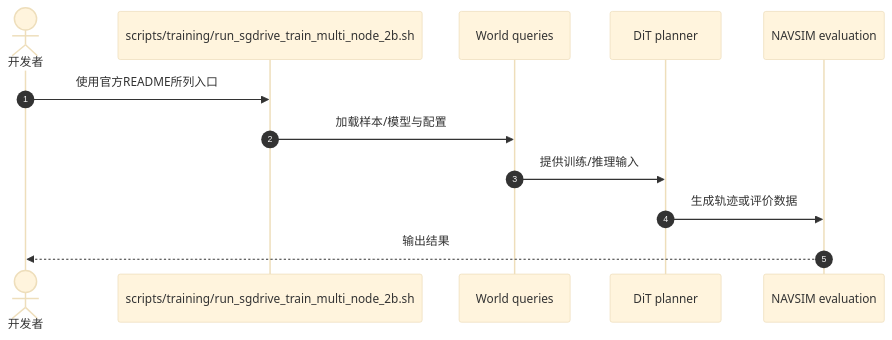
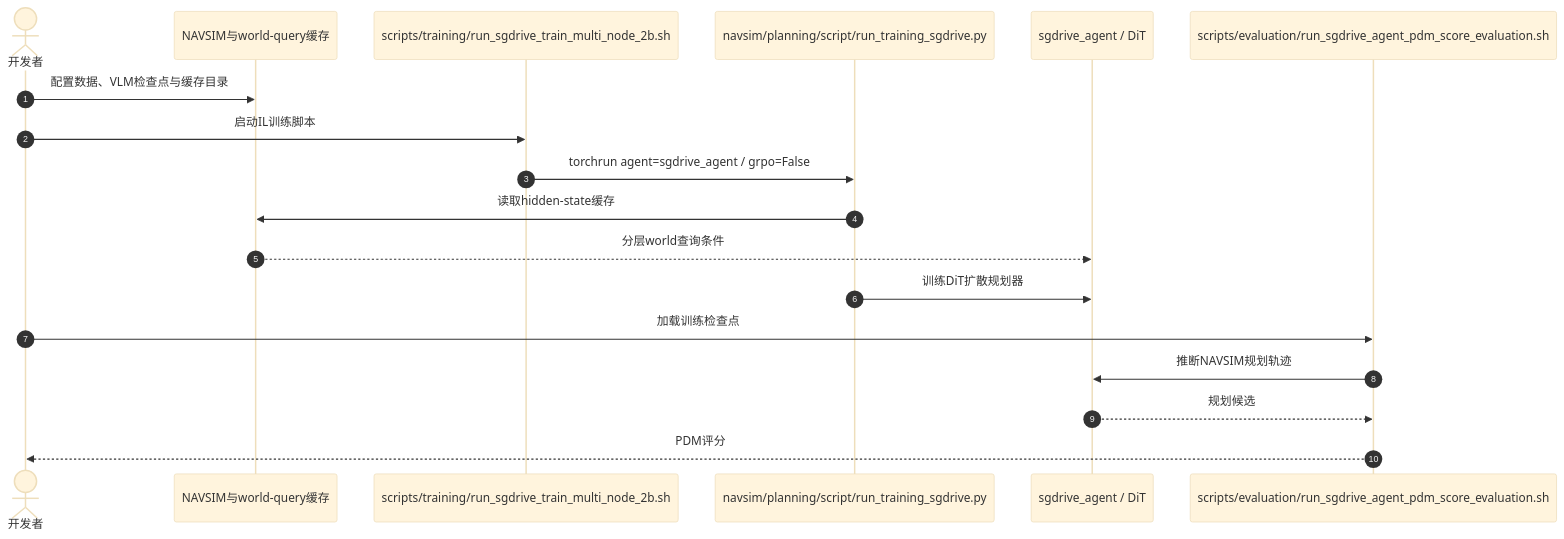
One commit to ImChong/Robotics_Notebooks changed the second of 2 diagrams in wiki/entities/paper-sgdrive-2601-05640.md. Above: the diagram before and after it, drawn with Mermaid (base theme). The commit also changed 8 other files, not shown here.

Commit message:
docs(wiki): 校正 ReCogDrive 官方执行路径并细化源码运行时序图

````diff
--- a/wiki/entities/paper-sgdrive-2601-05640.md
+++ b/wiki/entities/paper-sgdrive-2601-05640.md
@@ -66,14 +66,20 @@
 ```mermaid
 sequenceDiagram
   autonumber
-  actor User as 开发者
-  participant Script as scripts/training/run_sgdrive_train_multi_node_2b.sh
-  participant First as World queries
-  participant Second as DiT planner
-  participant Output as NAVSIM evaluation
-  User->>Script: 使用官方README所列入口
-  Script->>First: 加载样本/模型与配置
-  First->>Second: 提供训练/推理输入
-  Second->>Output: 生成轨迹或评价数据
-  Output-->>User: 输出结果
+  actor Dev as 开发者
+  participant Data as NAVSIM与world-query缓存
+  participant Shell as scripts/training/run_sgdrive_train_multi_node_2b.sh
+  participant Train as navsim/planning/script/run_training_sgdrive.py
+  participant Agent as sgdrive_agent / DiT
+  participant Eval as scripts/evaluation/run_sgdrive_agent_pdm_score_evaluation.sh
+  Dev->>Data: 配置数据、VLM检查点与缓存目录
+  Dev->>Shell: 启动IL训练脚本
+  Shell->>Train: torchrun agent=sgdrive_agent / grpo=False
+  Train->>Data: 读取hidden-state缓存
+  Data-->>Agent: 分层world查询条件
+  Train->>Agent: 训练DiT扩散规划器
+  Dev->>Eval: 加载训练检查点
+  Eval->>Agent: 推断NAVSIM规划轨迹
+  Agent-->>Eval: 规划候选
+  Eval-->>Dev: PDM评分
 ```
````
